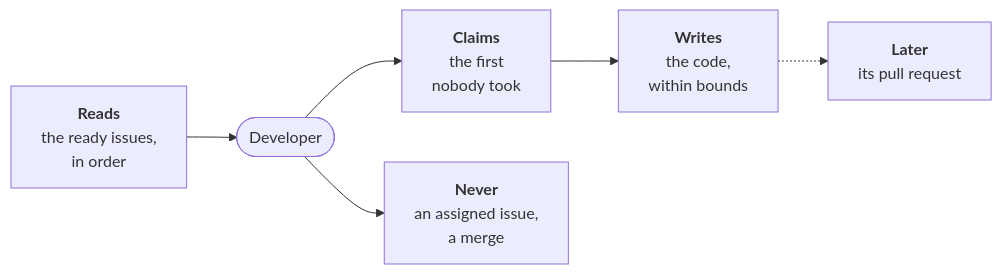
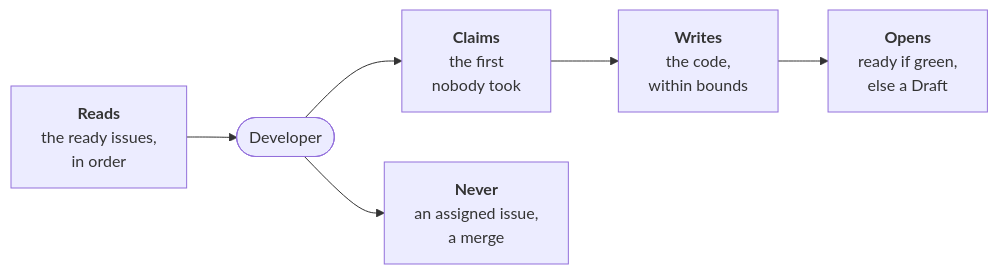
One commit to JN0V/workline changed the diagram in roles/developer/README.md. Above: the diagram before and after it, drawn with Mermaid. The commit also changed other lines of this file and 27 other files, not shown here.

Commit message:
feat(developer): prove its code, open ready or a Draft (#681)

````diff
--- a/roles/developer/README.md
+++ b/roles/developer/README.md
@@ -10,11 +10,11 @@
 ```mermaid
 flowchart LR
   issue["<b>Reads</b><br/>the ready issues,<br/>in order"]
   role(["Developer"])
   claim["<b>Claims</b><br/>the first<br/>nobody took"]
   never["<b>Never</b><br/>an assigned issue,<br/>a merge"]
   code["<b>Writes</b><br/>the code,<br/>within bounds"]
-  out["<b>Later</b><br/>its pull request"]
-  issue --> role --> claim --> code -.-> out
+  out["<b>Opens</b><br/>ready if green,<br/>else a Draft"]
+  issue --> role --> claim --> code --> out
   role --> never
 ```
````
